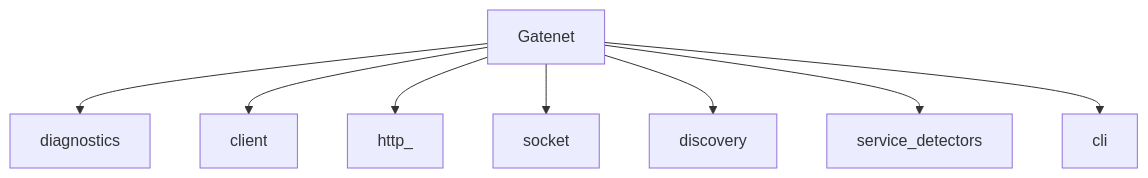
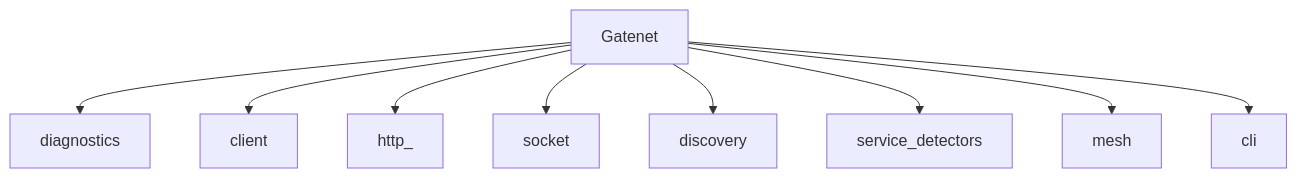
The diagram in docs/source/architecture.rst (clxrityy/gatenet), drawn with Mermaid before and after one commit. The commit also changed other lines of this file and 49 other files, not shown here.

```diff
--- a/docs/source/architecture.rst
+++ b/docs/source/architecture.rst
@@ -9,11 +9,12 @@
 .. mermaid::
 
    flowchart TD
      Gatenet
      Gatenet --> diagnostics
      Gatenet --> client
      Gatenet --> http_
      Gatenet --> socket
      Gatenet --> discovery
      Gatenet --> service_detectors
+     Gatenet --> mesh
      Gatenet --> cli
```
